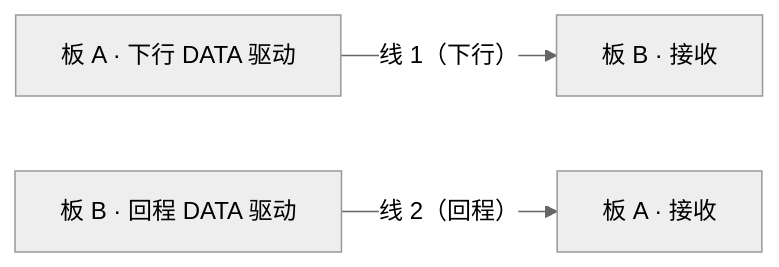
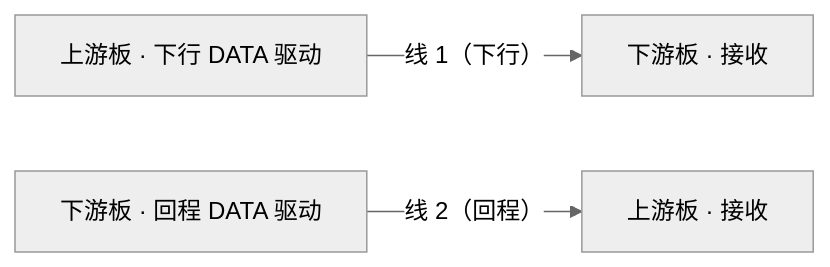
Before and after one commit to langhua/AuroraTessellation-NFC: the first of 3 diagrams in hardware/pixel/connector-plan.md, drawn with Mermaid (neutral theme). The commit also changed other lines of this file and 2 other files, not shown here.

Commit message:
像素板文档：把含糊的「A / B」改成直白命名
用户 2026-09-26：「A / B 直接改名成更直白的『全贴件板（成品）/ 空板（同版）』，
否则，我看不懂啊」

原因：这套文档里「A/B」被用来表示**三种不同的东西** ✗ ⇒ 现在区分开：
1. 两块对比板 ⇒ 「**全贴件板（成品）**」（元件全焊）/「**空板（同版）**」（一个元件都不焊）
   - `coupon-layout.md`「替代方案」节的标题、表格、正文
   - `README.md`「实板对比实验」节的表格与正文
2. 总线示意图里的两块板 ⇒ 「**上游板** / **下游板**」
   - `connector-plan.md` 的 mermaid 标签与正文（原「板 A / 板 B」「通往 C」）

同时把对比关系的说法写准确 ✓：
- 两板**铜完全一样** ⇒「全贴件板」−「空板」= **纯"元件"的影响** ✓（原写"元件与铜的影响" ✗）
- ⚠️ 局限也写明：这样**分不出"焊盘铜"单独的贡献** ✗（要靠原 coupon 的 ③④ 才隔离得开 ✗）

遗留（本次未改，避免过度改动）：`README.md` §5.2 的「方案 A1 / A2 / B」是**总线方案**的编号 ✓，
跟上面两块板不是一回事 ✓（若也容易混，下次一起改 ✗）

````diff
--- a/hardware/pixel/connector-plan.md
+++ b/hardware/pixel/connector-plan.md
@@ -33,5 +33,5 @@
 ```mermaid
 flowchart LR
-A1["板 A · 下行 DATA 驱动"] -->|"线 1（下行）"| B1["板 B · 接收"]
-B2["板 B · 回程 DATA 驱动"] -->|"线 2（回程）"| A2["板 A · 接收"]
+A1["上游板 · 下行 DATA 驱动"] -->|"线 1（下行）"| B1["下游板 · 接收"]
+B2["下游板 · 回程 DATA 驱动"] -->|"线 2（回程）"| A2["上游板 · 接收"]
 ```
````
